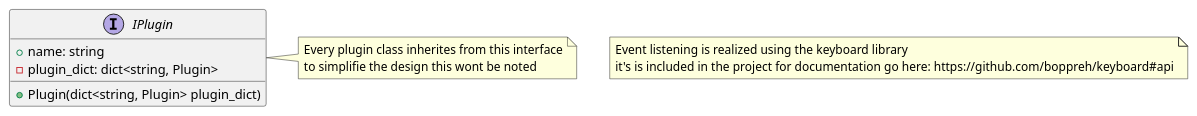
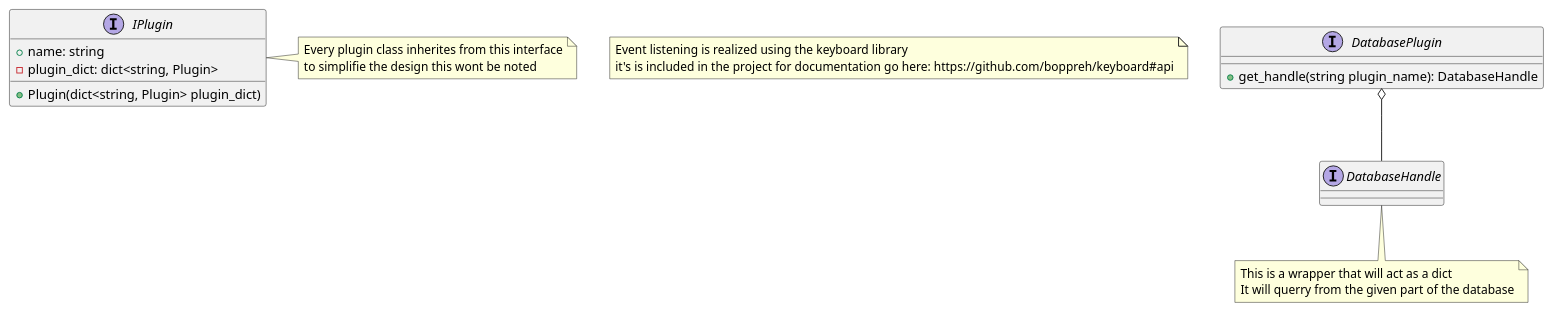
One commit to EyalGol/DocPal changed the diagram in Design.md. Above: the diagram before and after it, drawn with PlantUML.

Commit message:
Add Database Plugin

````diff
--- a/Design.md
+++ b/Design.md
@@ -2,14 +2,26 @@
 ```puml
 note "Event listening is realized using the keyboard library\nit's is included in the project for documentation go here: https://github.com/boppreh/keyboard#api" as keyboard_note
 
 interface IPlugin {
     + Plugin(dict<string, Plugin> plugin_dict)
     + name: string
     - plugin_dict: dict<string, Plugin>
 }
 
 note "Every plugin class inherites from this interface\nto simplifie the design this wont be noted" as plugin_interface_note
 
 IPlugin . plugin_interface_note
 
+interface DatabaseHandle
+
+note "This is a wrapper that will act as a dict\nIt will querry from the given part of the database" as database_handle_note
+
+DatabaseHandle .. database_handle_note
+
+interface DatabasePlugin {
+    + get_handle(string plugin_name): DatabaseHandle
+}
+
+DatabasePlugin o-- DatabaseHandle
+
 ```
````
